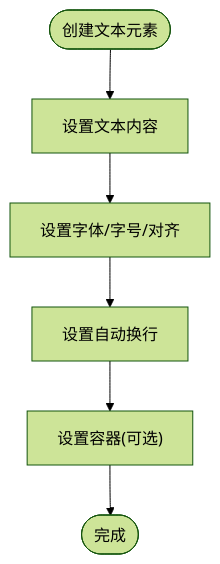
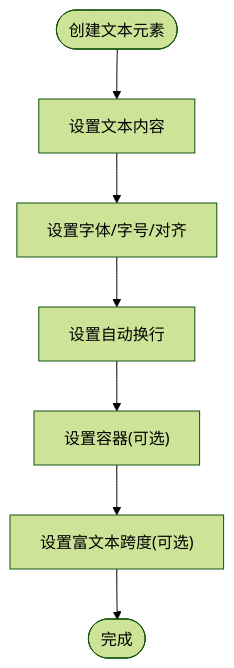
The fourth of 13 diagrams in .qoder/repowiki/zh/content/API 参考/元素 API.md (Az-qianchen/Excalidraw), drawn with Mermaid (forest theme) before and after one commit. The commit also changed other lines of this file and 14 other files, not shown here.

````diff
--- a/.qoder/repowiki/zh/content/API 参考/元素 API.md
+++ b/.qoder/repowiki/zh/content/API 参考/元素 API.md
@@ -181,8 +214,9 @@
 ```mermaid
 flowchart TD
 TStart(["创建文本元素"]) --> SetText["设置文本内容"]
 SetText --> SetFont["设置字体/字号/对齐"]
 SetFont --> SetAuto["设置自动换行"]
 SetAuto --> SetContainer["设置容器(可选)"]
-SetContainer --> TDone(["完成"])
+SetContainer --> SetSpans["设置富文本跨度(可选)"]
+SetSpans --> TDone(["完成"])
 ```
````
